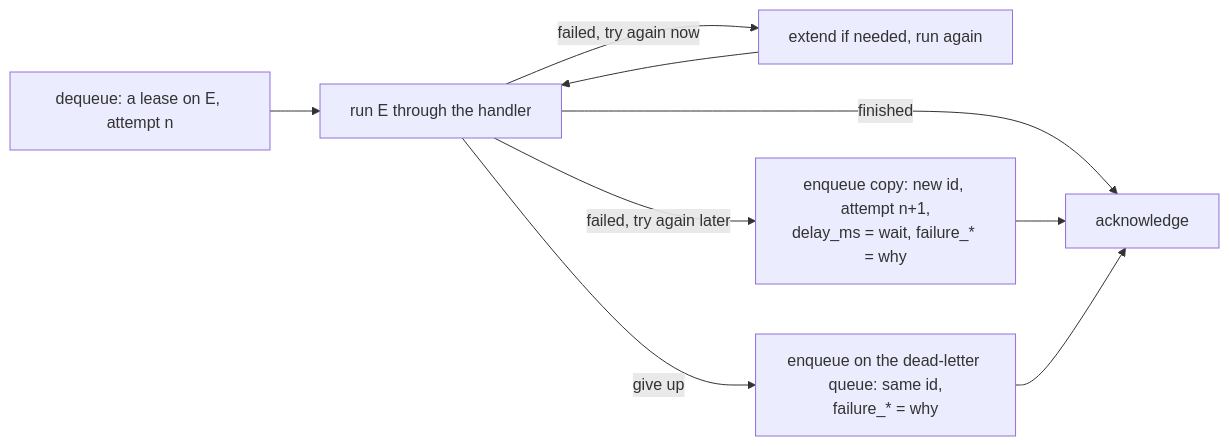
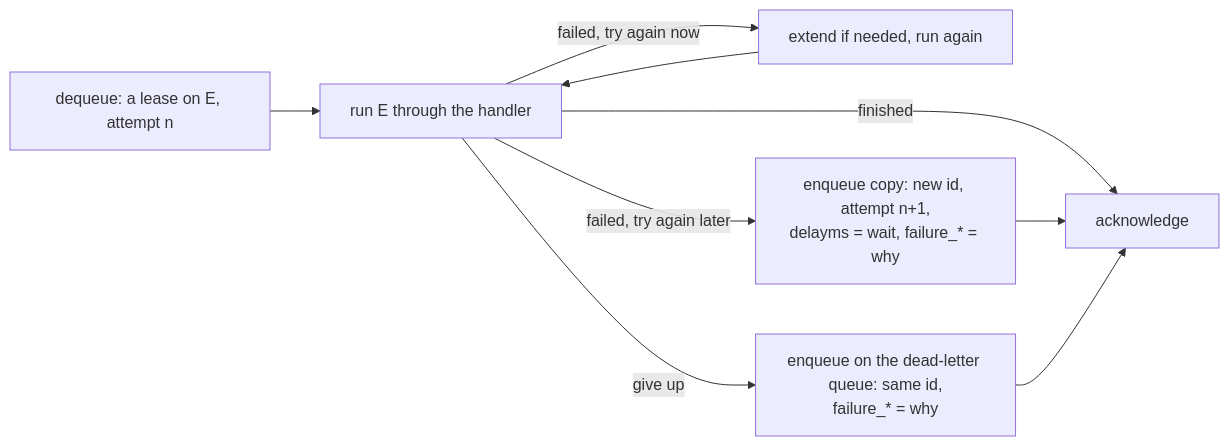
One commit to SaadAhmad123/arvo-core changed the second of 3 diagrams in docs/adr/021-queue.md. Above: the diagram before and after it, drawn with Mermaid. The commit also changed other lines of this file, not shown here.

````diff
--- a/docs/adr/021-queue.md
+++ b/docs/adr/021-queue.md
@@ -188,8 +188,8 @@
 ```mermaid
 flowchart LR
     D["dequeue: a lease on E, attempt n"] --> R["run E through the handler"]
     R -->|finished| A["acknowledge"]
     R -->|"failed, try again now"| X["extend if needed, run again"] --> R
-    R -->|"failed, try again later"| C["enqueue copy: new id, attempt n+1,<br/>delay_ms = wait, failure_* = why"] --> A
+    R -->|"failed, try again later"| C["enqueue copy: new id, attempt n+1,<br/>delayms = wait, failure_* = why"] --> A
     R -->|"give up"| M["enqueue on the dead-letter queue: same id,<br/>failure_* = why"] --> A
 ```
````
